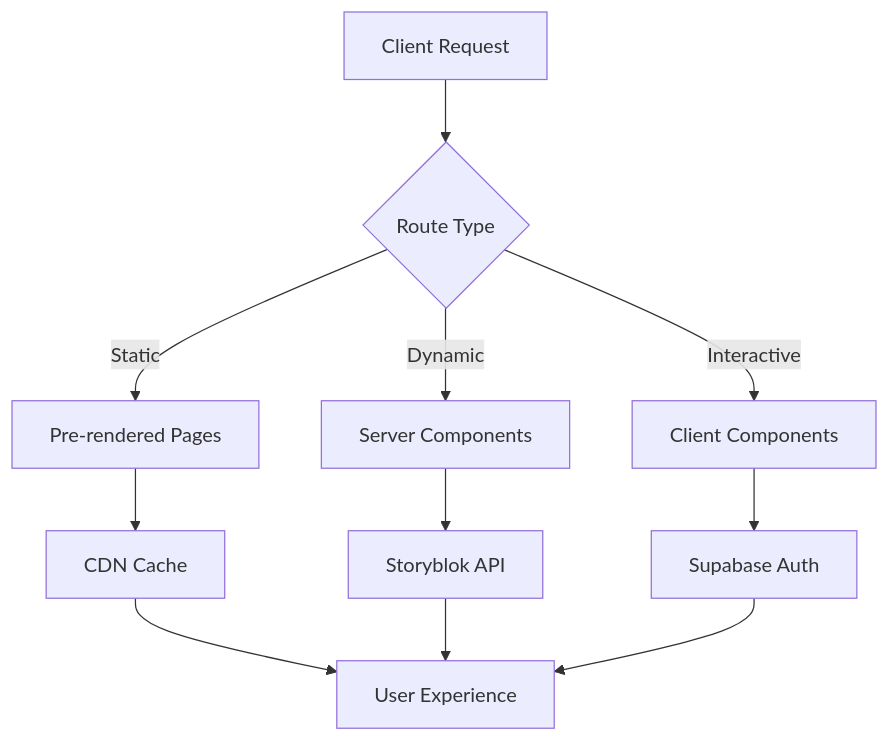
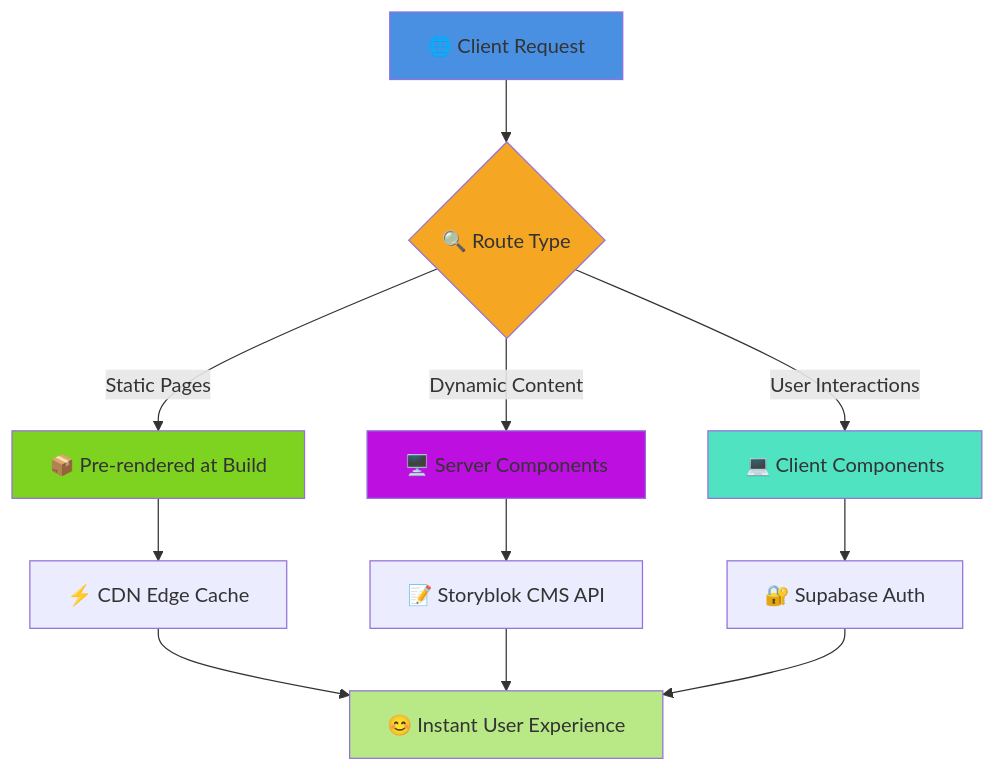
Before and after one commit to viraj1011JAIN/wellvitas-web: the diagram in README.md, drawn with Mermaid. The commit also changed other lines of this file and 3 other files, not shown here.

````diff
--- a/README.md
+++ b/README.md
@@ -17,15 +120,22 @@
 ```mermaid
 graph TD
-    A[Client Request] --> B{Route Type}
-    B -->|Static| C[Pre-rendered Pages]
-    B -->|Dynamic| D[Server Components]
-    B -->|Interactive| E[Client Components]
+    A[🌐 Client Request] --> B{🔍 Route Type}
+    B -->|Static Pages| C[📦 Pre-rendered at Build]
+    B -->|Dynamic Content| D[🖥️ Server Components]
+    B -->|User Interactions| E[💻 Client Components]
     
-    C --> F[CDN Cache]
-    D --> G[Storyblok API]
-    E --> H[Supabase Auth]
+    C --> F[⚡ CDN Edge Cache]
+    D --> G[📝 Storyblok CMS API]
+    E --> H[🔐 Supabase Auth]
     
-    F --> I[User Experience]
+    F --> I[😊 Instant User Experience]
     G --> I
     H --> I
+    
+    style A fill:#4A90E2
+    style B fill:#F5A623
+    style C fill:#7ED321
+    style D fill:#BD10E0
+    style E fill:#50E3C2
+    style I fill:#B8E986
 ```
````
